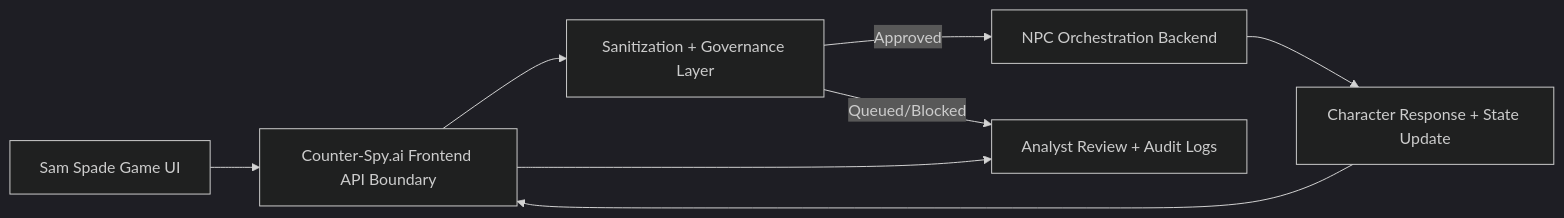
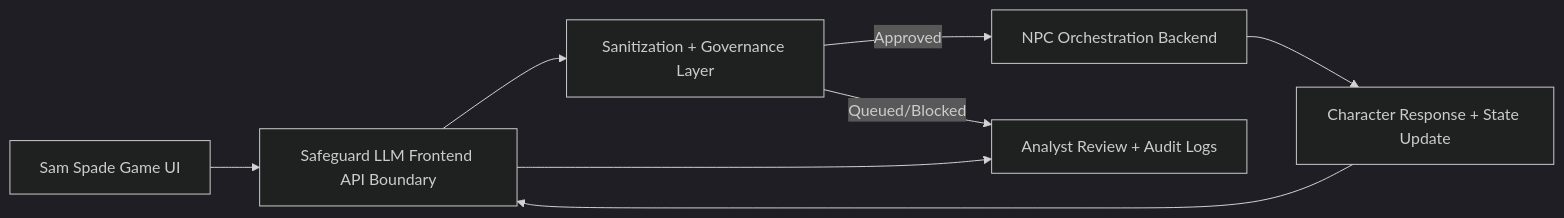
The diagram in Technical/SAM_SPADE_CTF_INTEGRATION.md (Nate-Carroll-Cyber/SafeguardLLM-docs), drawn with Mermaid (dark theme) before and after one commit. The commit also changed other lines of this file and 22 other files, not shown here.

````diff
--- a/Technical/SAM_SPADE_CTF_INTEGRATION.md
+++ b/Technical/SAM_SPADE_CTF_INTEGRATION.md
@@ -121,10 +121,10 @@
 ```mermaid
 flowchart LR
-  A["Sam Spade Game UI"] --> B["Counter-Spy.ai Frontend API Boundary"]
+  A["Sam Spade Game UI"] --> B["Safeguard LLM Frontend API Boundary"]
   B --> C["Sanitization + Governance Layer"]
   C -->|Approved| D["NPC Orchestration Backend"]
   C -->|Queued/Blocked| E["Analyst Review + Audit Logs"]
   D --> F["Character Response + State Update"]
   F --> B
   B --> E
 ```
````
